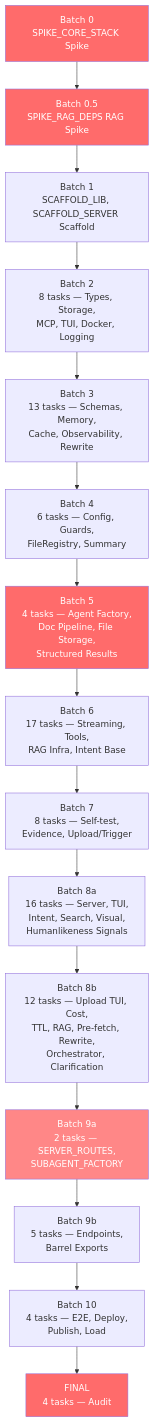
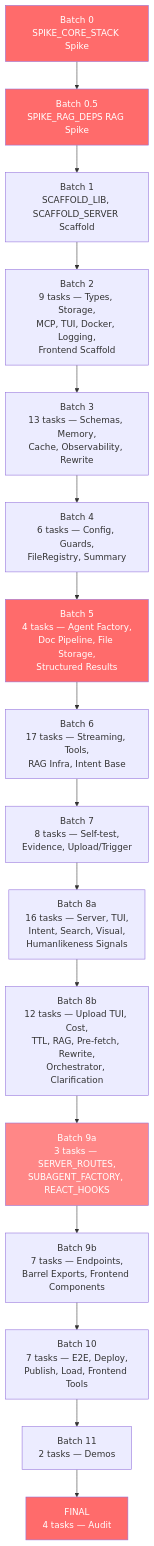
One commit to 1qh/safeagent changed the fourth of 10 diagrams in plan/17-execution.md. Above: the diagram before and after it, drawn with Mermaid. The commit also changed other lines of this file, not shown here.

Commit message:
plan: add 9 frontend SDK tasks to execution plan — batches, dependencies, registry, dispatch

````diff
--- a/plan/17-execution.md
+++ b/plan/17-execution.md
@@ -419,26 +443,27 @@
 ```mermaid
 graph TB
     BATCH_SPIKE["Batch 0<br/>SPIKE_CORE_STACK Spike"]
     BATCH_RAG_SPIKE["Batch 0.5<br/>SPIKE_RAG_DEPS RAG Spike"]
     BATCH_SCAFFOLD["Batch 1<br/>SCAFFOLD_LIB, SCAFFOLD_SERVER Scaffold"]
-    BATCH_TYPES_STORAGE["Batch 2<br/>8 tasks — Types, Storage,<br/>MCP, TUI, Docker, Logging"]
+    BATCH_TYPES_STORAGE["Batch 2<br/>9 tasks — Types, Storage,<br/>MCP, TUI, Docker, Logging,<br/>Frontend Scaffold"]
     BATCH_SCHEMAS_MEMORY["Batch 3<br/>13 tasks — Schemas, Memory,<br/>Cache, Observability, Rewrite"]
     BATCH_CONFIG_GUARDS["Batch 4<br/>6 tasks — Config, Guards,<br/>FileRegistry, Summary"]
     BATCH_AGENT_DOCS["Batch 5<br/>4 tasks — Agent Factory,<br/>Doc Pipeline, File Storage,<br/>Structured Results"]
     BATCH_STREAMING_TOOLS["Batch 6<br/>17 tasks — Streaming, Tools,<br/>RAG Infra, Intent Base"]
     BATCH_EVIDENCE_UPLOAD["Batch 7<br/>8 tasks — Self-test,<br/>Evidence, Upload/Trigger"]
     BATCH_SERVER_TUI["Batch 8a<br/>16 tasks — Server, TUI,<br/>Intent, Search, Visual,<br/>Humanlikeness Signals"]
     BATCH_UPLOAD_COST["Batch 8b<br/>12 tasks — Upload TUI, Cost,<br/>TTL, RAG, Pre-fetch, Rewrite,<br/>Orchestrator, Clarification"]
-    BATCH_ROUTES_SUBAGENT["Batch 9a<br/>2 tasks — SERVER_ROUTES,<br/>SUBAGENT_FACTORY"]
-    BATCH_ENDPOINTS["Batch 9b<br/>5 tasks — Endpoints,<br/>Barrel Exports"]
-    BATCH_END_TO_END_DEPLOY["Batch 10<br/>4 tasks — E2E, Deploy,<br/>Publish, Load"]
+    BATCH_ROUTES_SUBAGENT["Batch 9a<br/>3 tasks — SERVER_ROUTES,<br/>SUBAGENT_FACTORY, REACT_HOOKS"]
+    BATCH_ENDPOINTS["Batch 9b<br/>7 tasks — Endpoints,<br/>Barrel Exports, Frontend Components"]
+    BATCH_END_TO_END_DEPLOY["Batch 10<br/>7 tasks — E2E, Deploy,<br/>Publish, Load, Frontend Tools"]
+    BATCH_FRONTEND_DEMOS["Batch 11<br/>2 tasks — Demos"]
     BATCH_FINAL_AUDIT["FINAL<br/>4 tasks — Audit"]
 
-    BATCH_SPIKE --> BATCH_RAG_SPIKE --> BATCH_SCAFFOLD --> BATCH_TYPES_STORAGE --> BATCH_SCHEMAS_MEMORY --> BATCH_CONFIG_GUARDS --> BATCH_AGENT_DOCS --> BATCH_STREAMING_TOOLS --> BATCH_EVIDENCE_UPLOAD --> BATCH_SERVER_TUI --> BATCH_UPLOAD_COST --> BATCH_ROUTES_SUBAGENT --> BATCH_ENDPOINTS --> BATCH_END_TO_END_DEPLOY --> BATCH_FINAL_AUDIT
+    BATCH_SPIKE --> BATCH_RAG_SPIKE --> BATCH_SCAFFOLD --> BATCH_TYPES_STORAGE --> BATCH_SCHEMAS_MEMORY --> BATCH_CONFIG_GUARDS --> BATCH_AGENT_DOCS --> BATCH_STREAMING_TOOLS --> BATCH_EVIDENCE_UPLOAD --> BATCH_SERVER_TUI --> BATCH_UPLOAD_COST --> BATCH_ROUTES_SUBAGENT --> BATCH_ENDPOINTS --> BATCH_END_TO_END_DEPLOY --> BATCH_FRONTEND_DEMOS --> BATCH_FINAL_AUDIT
 
     style BATCH_SPIKE fill:#ff6b6b,color:white
     style BATCH_RAG_SPIKE fill:#ff6b6b,color:white
     style BATCH_AGENT_DOCS fill:#ff6b6b,color:white
     style BATCH_ROUTES_SUBAGENT fill:#ff8787,color:white
     style BATCH_FINAL_AUDIT fill:#ff6b6b,color:white
 ```
````
